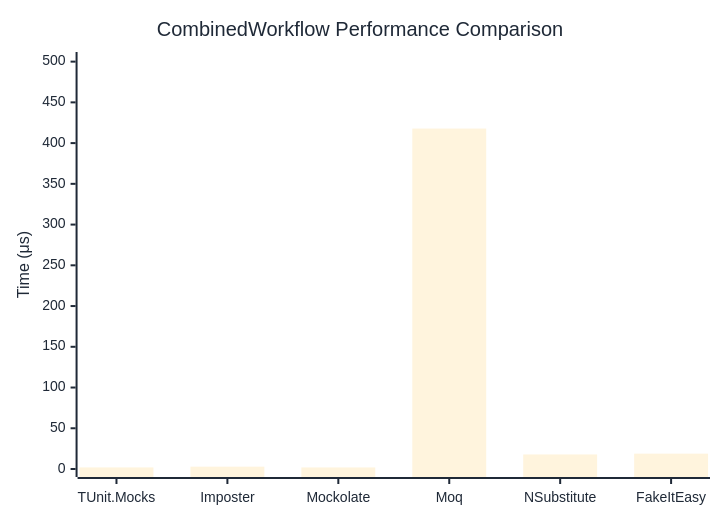
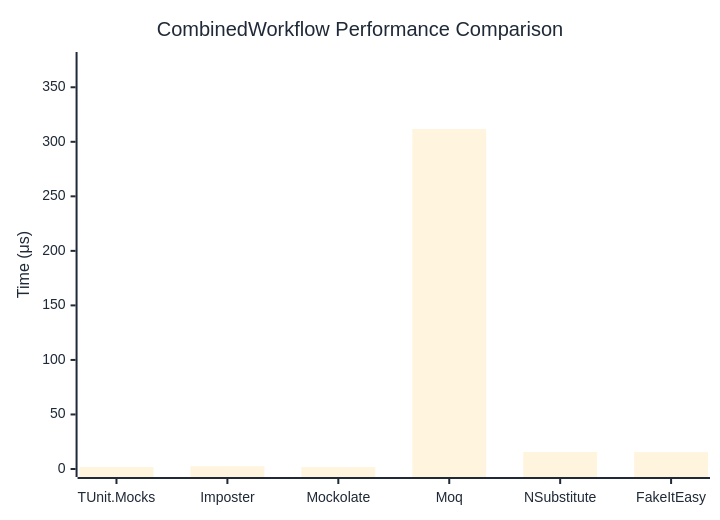
The diagram in docs/docs/benchmarks/mocks/CombinedWorkflow.md (thomhurst/TUnit), drawn with Mermaid before and after one commit. The commit also changed other lines of this file and 14 other files, not shown here.

````diff
--- a/docs/docs/benchmarks/mocks/CombinedWorkflow.md
+++ b/docs/docs/benchmarks/mocks/CombinedWorkflow.md
@@ -30,27 +30,27 @@
 ```mermaid
 %%{init: {
   'theme':'base',
   'themeVariables': {
     'primaryColor': '#2563eb',
     'primaryTextColor': '#1f2937',
     'primaryBorderColor': '#1e40af',
     'lineColor': '#6b7280',
     'secondaryColor': '#7c3aed',
     'tertiaryColor': '#dc2626',
     'background': '#ffffff',
     'pie1': '#2563eb',
     'pie2': '#7c3aed',
     'pie3': '#dc2626',
     'pie4': '#f59e0b',
     'pie5': '#10b981',
     'pie6': '#06b6d4',
     'pie7': '#ec4899',
     'pie8': '#6366f1'
   }
 }}%%
 xychart-beta
   title "CombinedWorkflow Performance Comparison"
   x-axis ["TUnit.Mocks", "Imposter", "Mockolate", "Moq", "NSubstitute", "FakeItEasy"]
-  y-axis "Time (μs)" 0 --> 502
-  bar [1.931, 2.865, 1.896, 417.831, 17.856, 18.856]
+  y-axis "Time (μs)" 0 --> 375
+  bar [1.866, 2.516, 1.726, 311.747, 15.658, 15.44]
 ```
````
